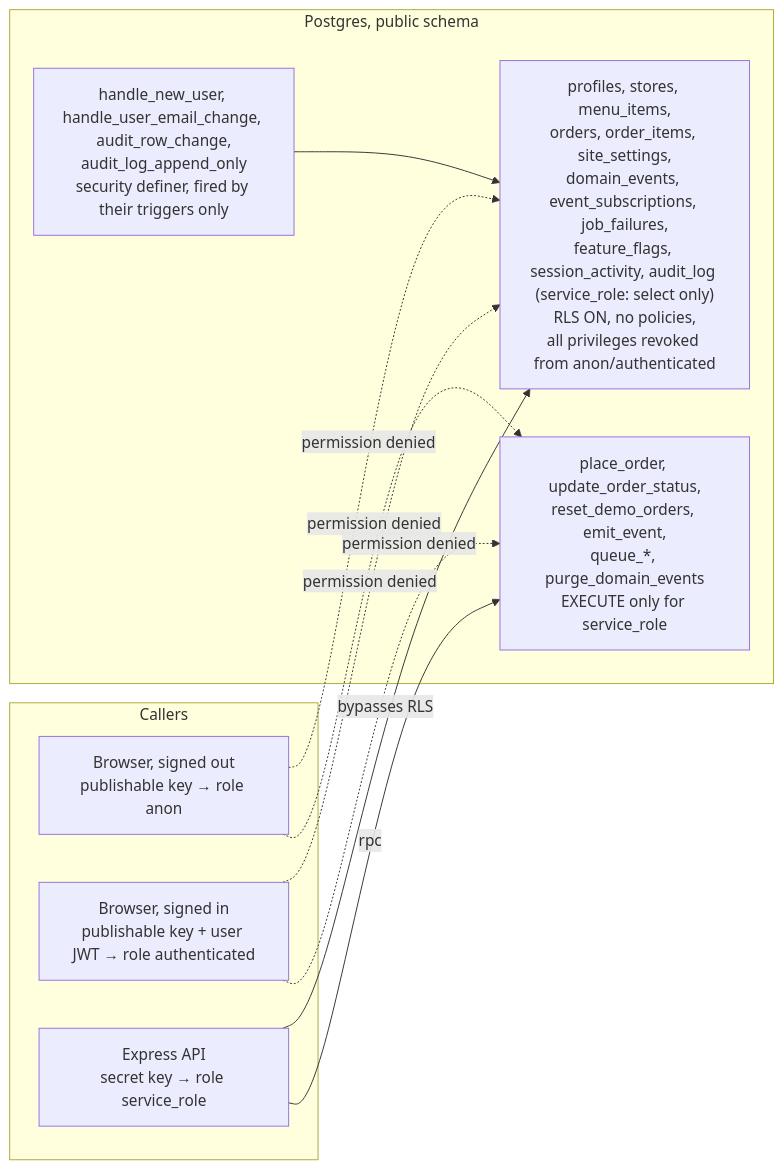
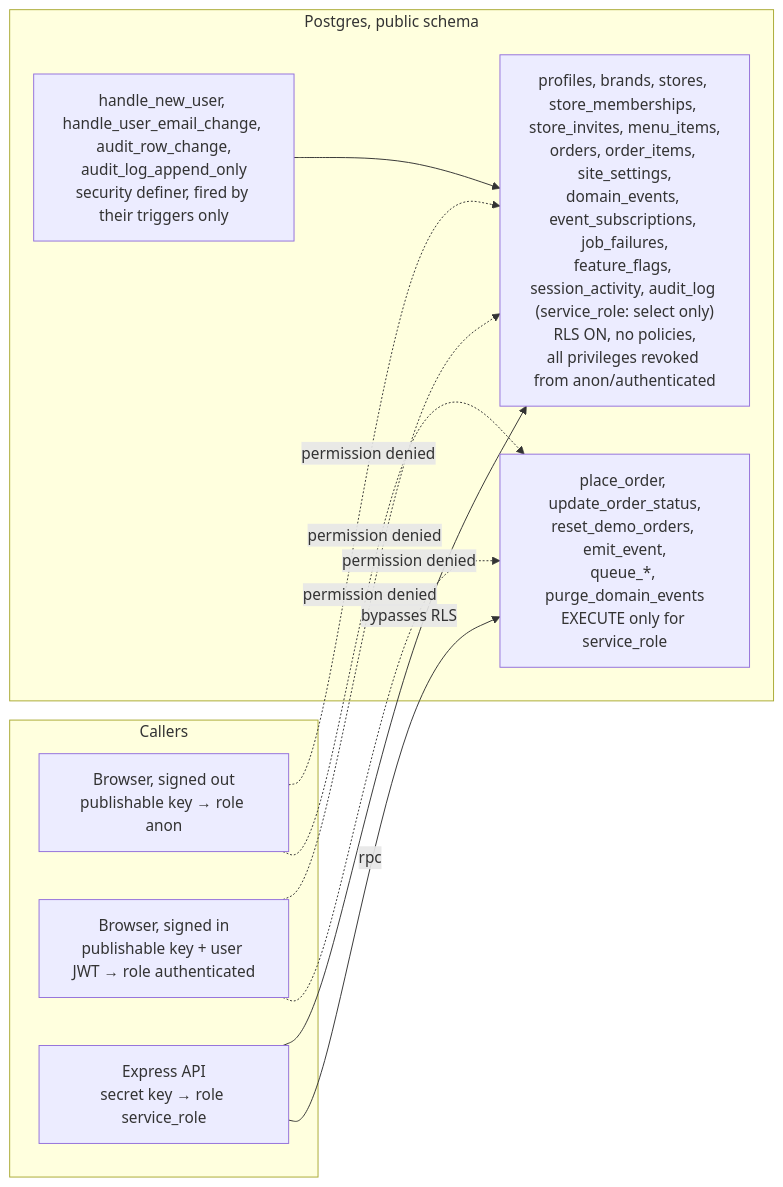
One commit to The-KhaNha/KhaNha changed the diagram in docs/PERMISSIONS.md. Above: the diagram before and after it, drawn with Mermaid. The commit also changed other lines of this file and 257 other files, not shown here.

First line of the commit message:
P2 — Multi-store: brands, stores, teams, hours and the store-scoped API (#75)

````diff
--- a/docs/PERMISSIONS.md
+++ b/docs/PERMISSIONS.md
@@ -157,22 +236,22 @@
 ```mermaid
 flowchart LR
   subgraph Callers
     Anon["Browser, signed out<br/>publishable key → role anon"]
     Authd["Browser, signed in<br/>publishable key + user JWT → role authenticated"]
     Server["Express API<br/>secret key → role service_role"]
   end
 
   subgraph Postgres["Postgres, public schema"]
-    Tables["profiles, stores, menu_items,<br/>orders, order_items, site_settings,<br/>domain_events, event_subscriptions, job_failures,<br/>feature_flags, session_activity, audit_log (service_role: select only)<br/>RLS ON, no policies,<br/>all privileges revoked from anon/authenticated"]
+    Tables["profiles, brands, stores, store_memberships, store_invites, menu_items,<br/>orders, order_items, site_settings,<br/>domain_events, event_subscriptions, job_failures,<br/>feature_flags, session_activity, audit_log (service_role: select only)<br/>RLS ON, no policies,<br/>all privileges revoked from anon/authenticated"]
     Fns["place_order, update_order_status,<br/>reset_demo_orders, emit_event,<br/>queue_*, purge_domain_events<br/>EXECUTE only for service_role"]
     Trg["handle_new_user, handle_user_email_change, audit_row_change,<br/>audit_log_append_only<br/>security definer, fired by their triggers only"]
   end
 
   Anon -. "permission denied" .-> Tables
   Authd -. "permission denied" .-> Tables
   Anon -. "permission denied" .-> Fns
   Authd -. "permission denied" .-> Fns
   Server -->|"bypasses RLS"| Tables
   Server -->|"rpc"| Fns
   Trg --> Tables
 ```
````
